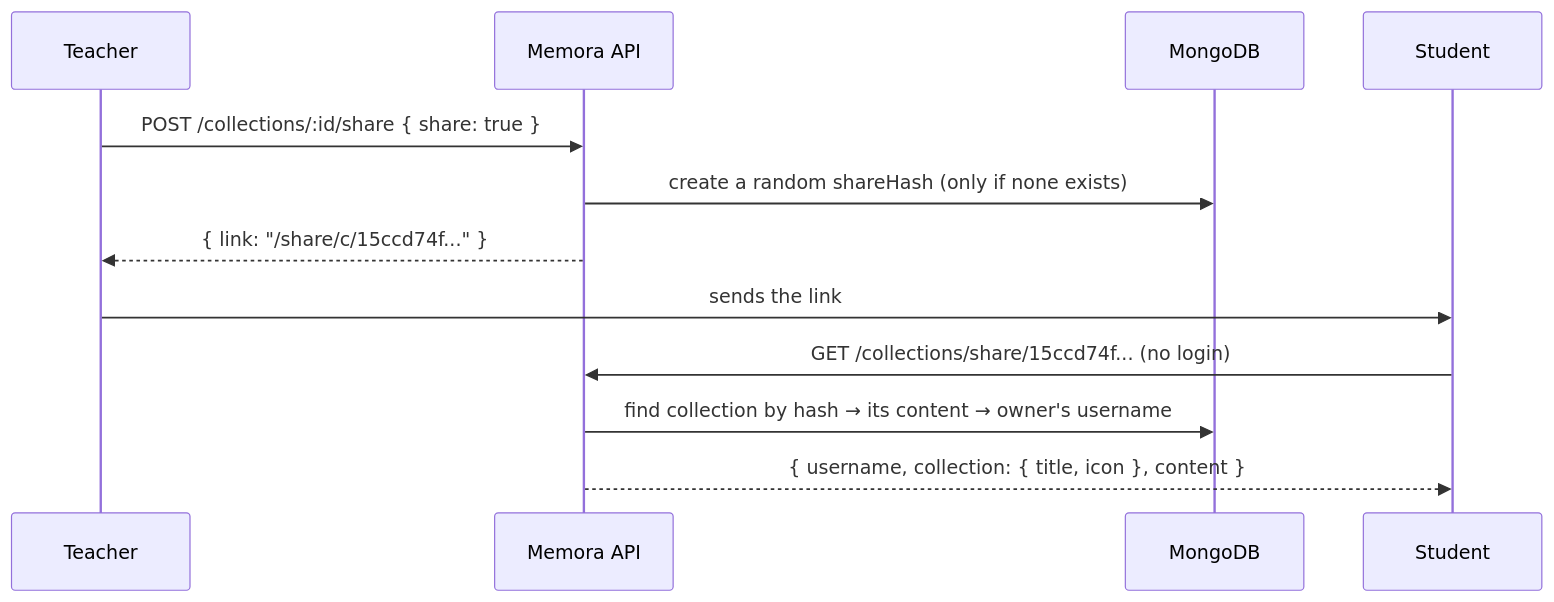
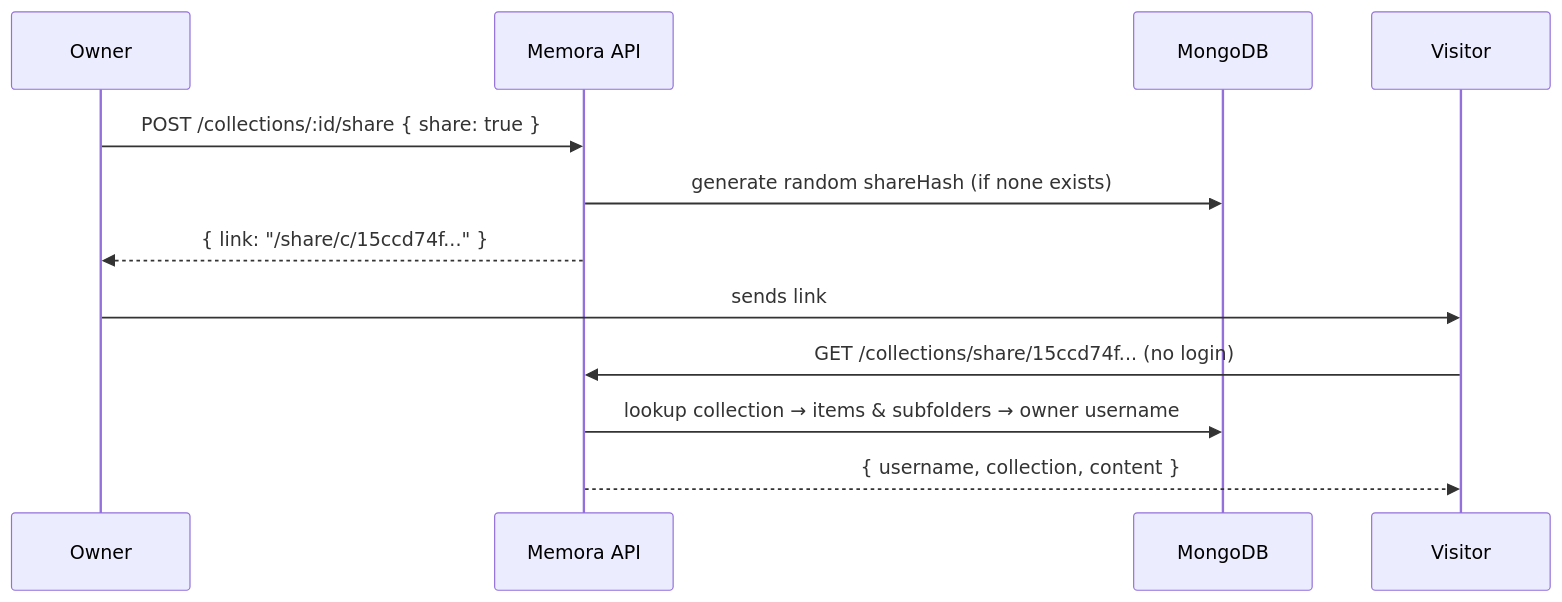
Before and after one commit to ShivCodes911/Memora: the second of 2 diagrams in README.md, drawn with Mermaid. The commit also changed other lines of this file, not shown here.

````diff
--- a/README.md
+++ b/README.md
@@ -161,15 +176,15 @@
 ```mermaid
 sequenceDiagram
-    participant T as Teacher
+    participant Owner as Owner
     participant API as Memora API
     participant DB as MongoDB
-    participant S as Student
+    participant Viewer as Visitor
 
-    T->>API: POST /collections/:id/share { share: true }
-    API->>DB: create a random shareHash (only if none exists)
-    API-->>T: { link: "/share/c/15ccd74f..." }
-    T->>S: sends the link
-    S->>API: GET /collections/share/15ccd74f... (no login)
-    API->>DB: find collection by hash → its content → owner's username
-    API-->>S: { username, collection: { title, icon }, content }
+    Owner->>API: POST /collections/:id/share { share: true }
+    API->>DB: generate random shareHash (if none exists)
+    API-->>Owner: { link: "/share/c/15ccd74f..." }
+    Owner->>Viewer: sends link
+    Viewer->>API: GET /collections/share/15ccd74f... (no login)
+    API->>DB: lookup collection → items & subfolders → owner username
+    API-->>Viewer: { username, collection, content }
 ```
````
